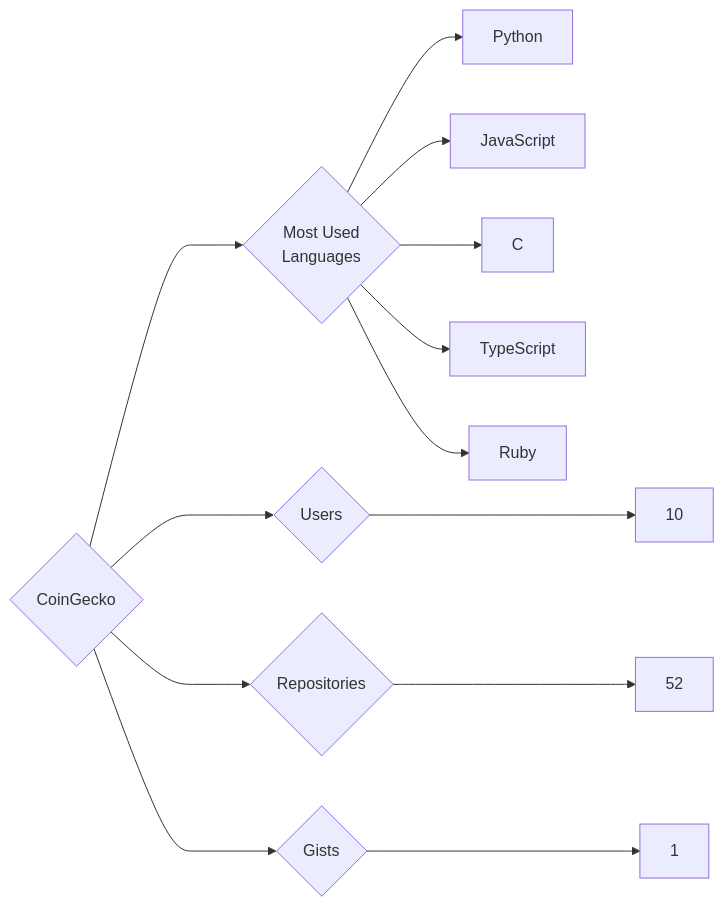
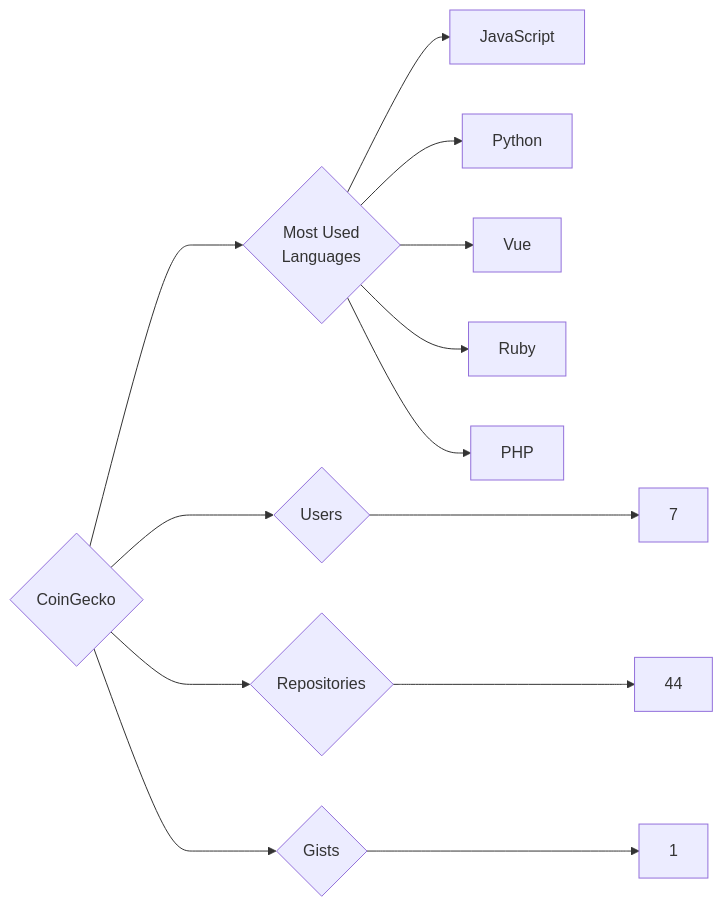
One commit to trickest/insiders changed the diagram in targets/CoinGecko/README.md. Above: the diagram before and after it, drawn with Mermaid. The commit also changed 1149 other files, not shown here.

````diff
--- a/targets/CoinGecko/README.md
+++ b/targets/CoinGecko/README.md
@@ -3,13 +3,13 @@
 ```mermaid
 graph LR
 COMPANY_NAME{CoinGecko}
-COMPANY_NAME ---> U{Users} ---> UN[10]
-COMPANY_NAME ---> R{Repositories} ---> RN[52]
+COMPANY_NAME ---> U{Users} ---> UN[7]
+COMPANY_NAME ---> R{Repositories} ---> RN[44]
 COMPANY_NAME ---> G{Gists} ---> GN[1]
 COMPANY_NAME ---> ML{Most Used<br>Languages}
+ML --> JavaScript[JavaScript]
 ML --> Python[Python]
-ML --> JavaScript[JavaScript]
-ML --> C[C]
-ML --> TypeScript[TypeScript]
+ML --> Vue[Vue]
 ML --> Ruby[Ruby]
+ML --> PHP[PHP]
 ```
````
